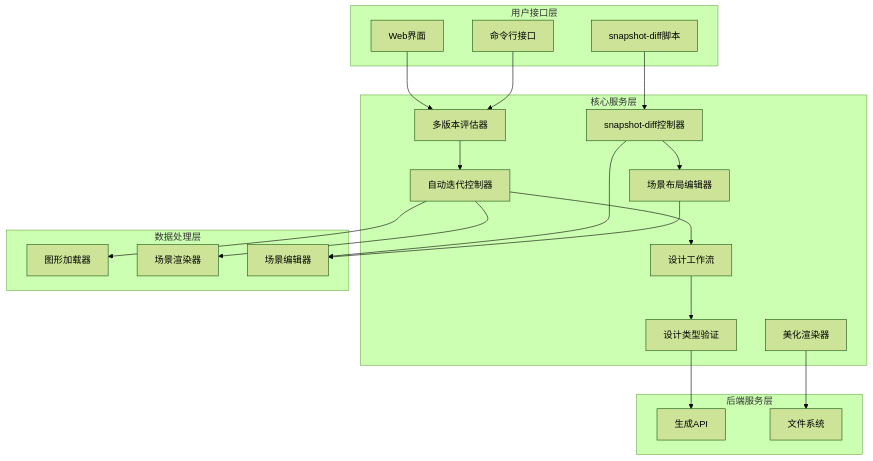
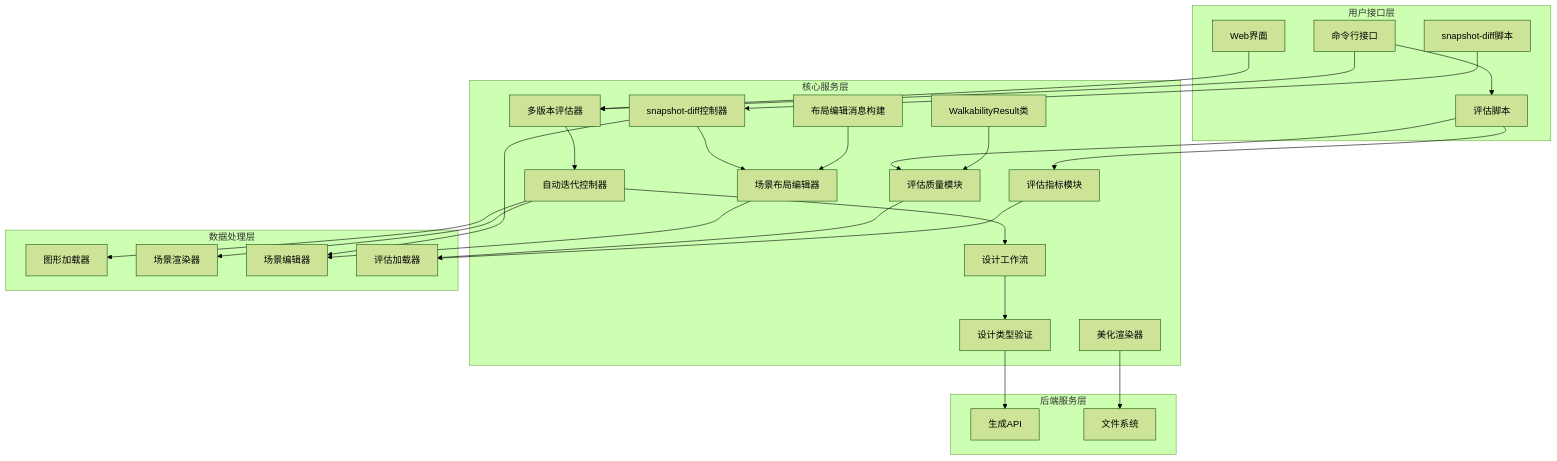
Before and after one commit to wsqstar/RoadGen3D: the first of 25 diagrams in .qoder/repowiki/zh/content/里程碑管道/自动场景生成流水线/多版本自动评估系统.md, drawn with Mermaid (forest theme). The commit also changed other lines of this file and 12 other files, not shown here.

````diff
--- a/.qoder/repowiki/zh/content/里程碑管道/自动场景生成流水线/多版本自动评估系统.md
+++ b/.qoder/repowiki/zh/content/里程碑管道/自动场景生成流水线/多版本自动评估系统.md
@@ -63,39 +81,52 @@
 ```mermaid
 graph TB
 subgraph "用户接口层"
 UI[Web界面]
 CLI[命令行接口]
 SD[snapshot-diff脚本]
+EW[评估脚本]
 end
 subgraph "核心服务层"
 AE[多版本评估器]
 AC[自动迭代控制器]
 SDC[snapshot-diff控制器]
 DR[设计工作流]
 BR[美化渲染器]
 DT[设计类型验证]
 SLE[场景布局编辑器]
+EQ[评估质量模块]
+EM[评估指标模块]
+WRR[WalkabilityResult类]
+BEM[布局编辑消息构建]
 end
 subgraph "数据处理层"
 GL[图形加载器]
 SR[场景渲染器]
 SED[场景编辑器]
+EL[评估加载器]
 end
 subgraph "后端服务层"
 API[生成API]
 FS[文件系统]
 end
 UI --> AE
 CLI --> AE
+CLI --> EW
 SD --> SDC
+EW --> EQ
+EW --> EM
 AE --> AC
 AC --> DR
 AC --> GL
 AC --> SR
 SDC --> SED
 SDC --> SLE
 DR --> DT
 DT --> API
 BR --> FS
 SLE --> SED
+EQ --> EL
+EM --> EL
+BEM --> SLE
+WRR --> EQ
 ```
````
